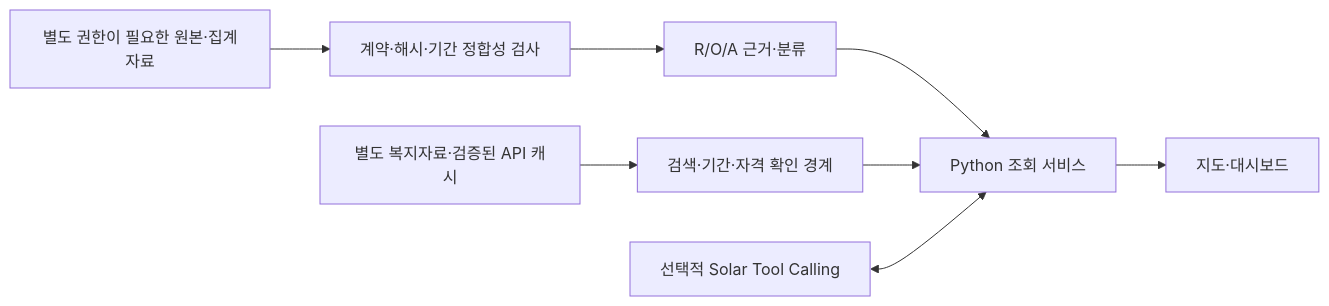
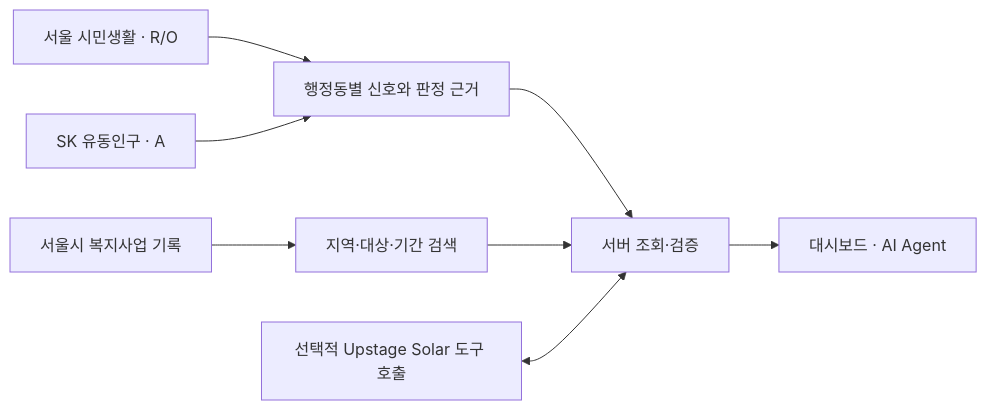
One commit to SeD-ShallweData/2nd_Fall2026_Projects changed the diagram in BbiGeuDeok/README.md. Above: the diagram before and after it, drawn with Mermaid. The commit also changed other lines of this file and 1 other file, not shown here.

````diff
--- a/BbiGeuDeok/README.md
+++ b/BbiGeuDeok/README.md
@@ -30,10 +28,10 @@
 ```mermaid
 flowchart LR
-  D[별도 권한이 필요한 원본·집계자료] --> V[계약·해시·기간 정합성 검사]
-  V --> R[R/O/A 근거·분류]
-  W[별도 복지자료·검증된 API 캐시] --> S[검색·기간·자격 확인 경계]
-  R --> B[Python 조회 서비스]
-  S --> B
-  B --> UI[지도·대시보드]
-  L[선택적 Solar Tool Calling] <--> B
+  S["서울 시민생활 · R/O"] --> R["행정동별 신호와 판정 근거"]
+  A["SK 유동인구 · A"] --> R
+  W["서울시 복지사업 기록"] --> Q["지역·대상·기간 검색"]
+  R --> B["서버 조회·검증"]
+  Q --> B
+  L["선택적 Upstage Solar 도구 호출"] <--> B
+  B --> U["대시보드 · AI Agent"]
 ```
````
